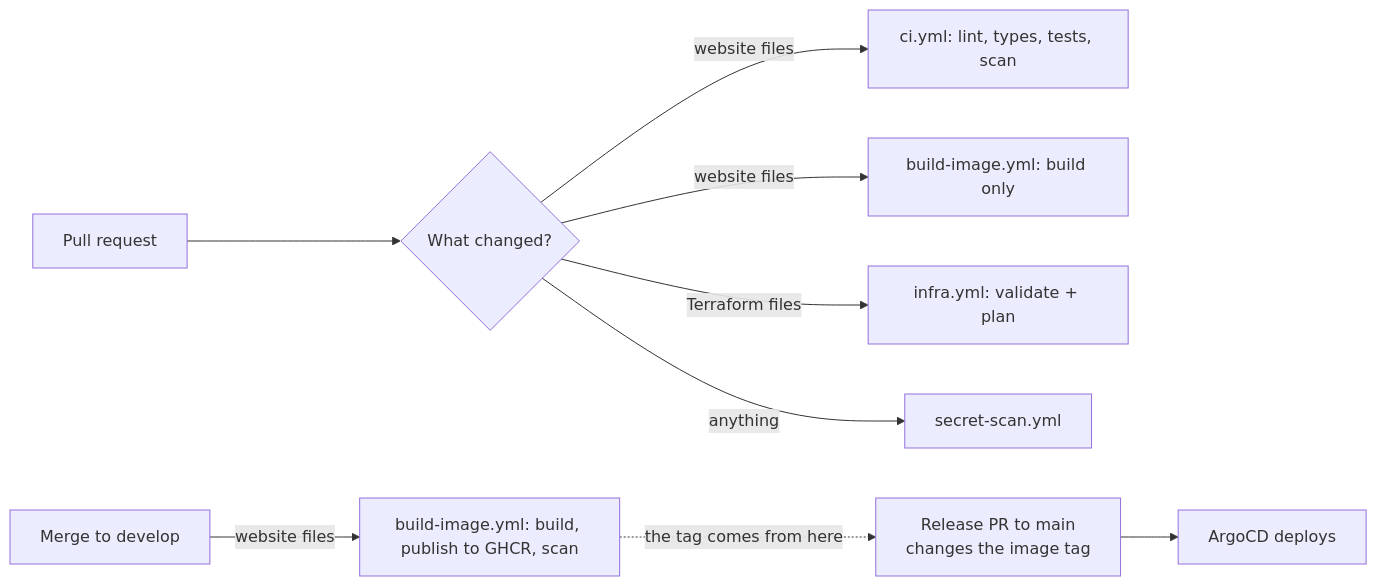
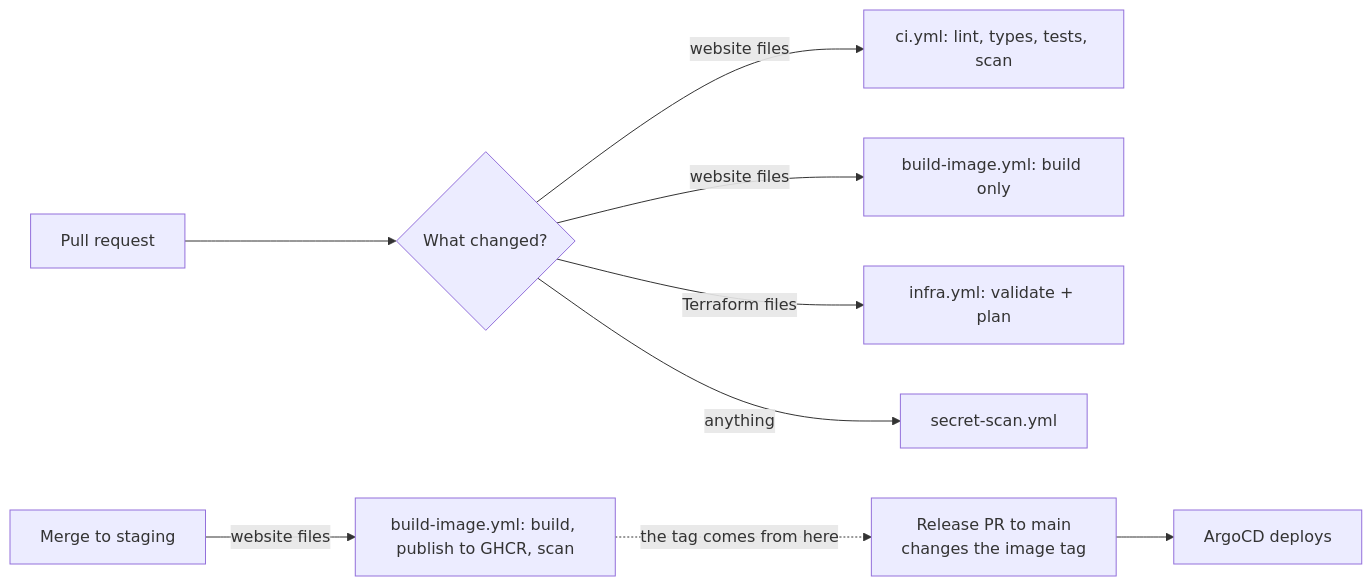
Before and after one commit to BamiseOmolaso/cloudportfoliowebsite: the diagram in .github/workflows/README.md, drawn with Mermaid. The commit also changed other lines of this file and 8 other files, not shown here.

Commit message:
ci,docs: develop is now staging

````diff
--- a/.github/workflows/README.md
+++ b/.github/workflows/README.md
@@ -19,11 +19,11 @@
 ```mermaid
 flowchart LR
   PR["Pull request"] --> CH{"What changed?"}
   CH -->|"website files"| CI["ci.yml: lint, types, tests, scan"]
   CH -->|"website files"| IM["build-image.yml: build only"]
   CH -->|"Terraform files"| INF["infra.yml: validate + plan"]
   CH -->|"anything"| SS["secret-scan.yml"]
-  MERGE["Merge to develop"] -->|"website files"| PUB["build-image.yml: build, publish to GHCR, scan"]
+  MERGE["Merge to staging"] -->|"website files"| PUB["build-image.yml: build, publish to GHCR, scan"]
   REL["Release PR to main<br/>changes the image tag"] --> ARGO["ArgoCD deploys"]
   PUB -.->|"the tag comes from here"| REL
 ```
````
